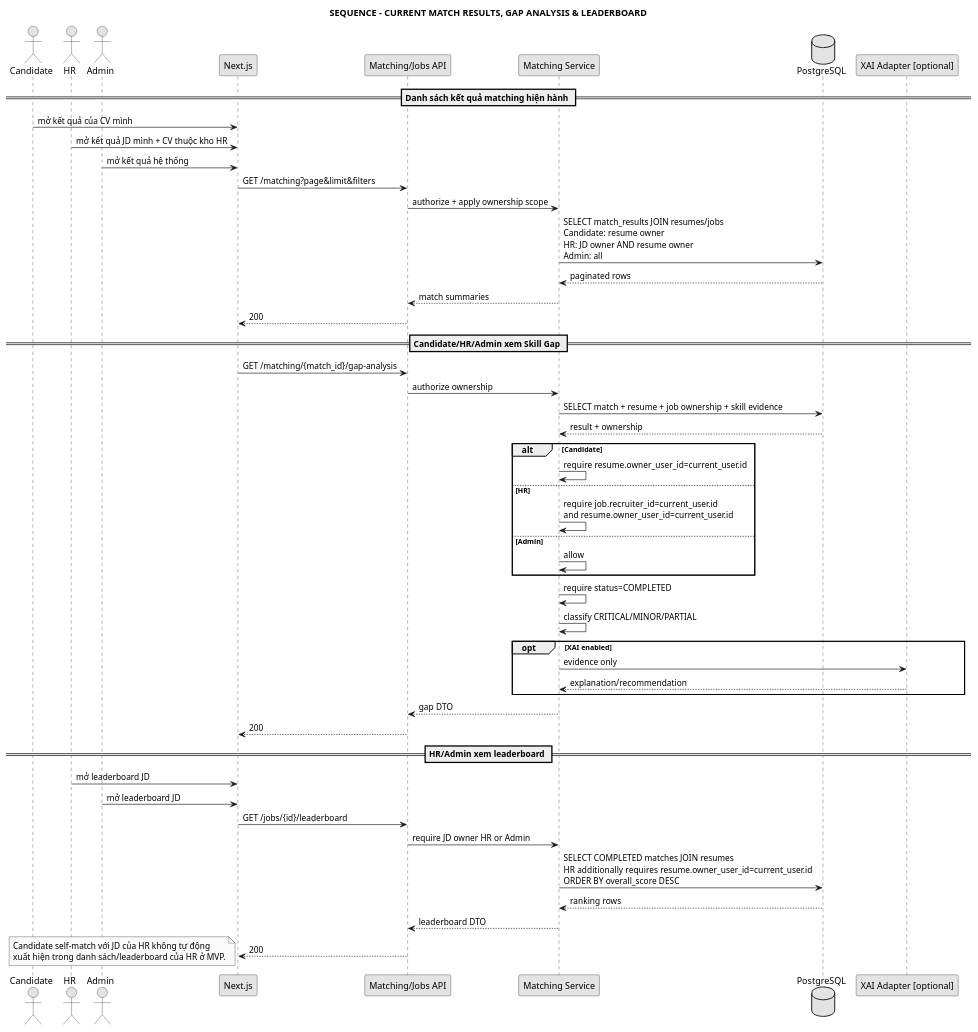
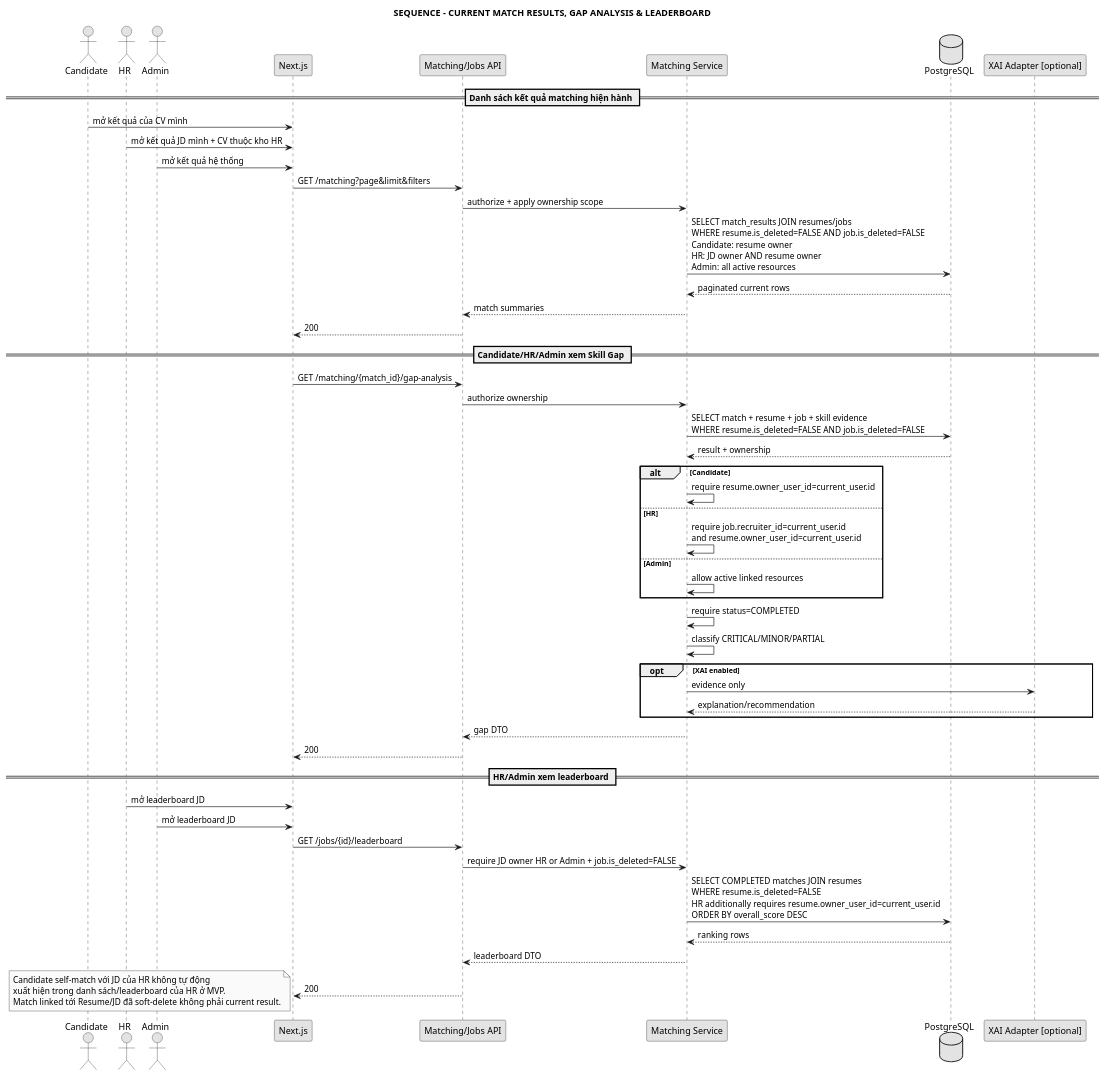
Before and after one commit to anh632k-ui/WebCVUngVienTuyenDung: the diagram in docs/04_sequence/seq_gap_leaderboard.puml, drawn with PlantUML.

Commit message:
docs(sequence): filter current analytics by soft-delete state

```diff
--- a/docs/04_sequence/seq_gap_leaderboard.puml
+++ b/docs/04_sequence/seq_gap_leaderboard.puml
@@ -1,63 +1,64 @@
 @startuml
 skinparam monochrome true
 skinparam shadowing false
 
 title SEQUENCE - CURRENT MATCH RESULTS, GAP ANALYSIS & LEADERBOARD
 
 actor Candidate
 actor HR
 actor Admin
 participant "Next.js" as FE
 participant "Matching/Jobs API" as API
 participant "Matching Service" as Service
 database "PostgreSQL" as DB
 participant "XAI Adapter [optional]" as XAI
 
 == Danh sách kết quả matching hiện hành ==
 Candidate -> FE : mở kết quả của CV mình
 HR -> FE : mở kết quả JD mình + CV thuộc kho HR
 Admin -> FE : mở kết quả hệ thống
 FE -> API : GET /matching?page&limit&filters
 API -> Service : authorize + apply ownership scope
-Service -> DB : SELECT match_results JOIN resumes/jobs\nCandidate: resume owner\nHR: JD owner AND resume owner\nAdmin: all
-DB --> Service : paginated rows
+Service -> DB : SELECT match_results JOIN resumes/jobs\nWHERE resume.is_deleted=FALSE AND job.is_deleted=FALSE\nCandidate: resume owner\nHR: JD owner AND resume owner\nAdmin: all active resources
+DB --> Service : paginated current rows
 Service --> API : match summaries
 API --> FE : 200
 
 == Candidate/HR/Admin xem Skill Gap ==
 FE -> API : GET /matching/{match_id}/gap-analysis
 API -> Service : authorize ownership
-Service -> DB : SELECT match + resume + job ownership + skill evidence
+Service -> DB : SELECT match + resume + job + skill evidence\nWHERE resume.is_deleted=FALSE AND job.is_deleted=FALSE
 DB --> Service : result + ownership
 alt Candidate
   Service -> Service : require resume.owner_user_id=current_user.id
 else HR
   Service -> Service : require job.recruiter_id=current_user.id\nand resume.owner_user_id=current_user.id
 else Admin
-  Service -> Service : allow
+  Service -> Service : allow active linked resources
 end
 Service -> Service : require status=COMPLETED
 Service -> Service : classify CRITICAL/MINOR/PARTIAL
 opt XAI enabled
   Service -> XAI : evidence only
   XAI --> Service : explanation/recommendation
 end
 Service --> API : gap DTO
 API --> FE : 200
 
 == HR/Admin xem leaderboard ==
 HR -> FE : mở leaderboard JD
 Admin -> FE : mở leaderboard JD
 FE -> API : GET /jobs/{id}/leaderboard
-API -> Service : require JD owner HR or Admin
-Service -> DB : SELECT COMPLETED matches JOIN resumes\nHR additionally requires resume.owner_user_id=current_user.id\nORDER BY overall_score DESC
+API -> Service : require JD owner HR or Admin + job.is_deleted=FALSE
+Service -> DB : SELECT COMPLETED matches JOIN resumes\nWHERE resume.is_deleted=FALSE\nHR additionally requires resume.owner_user_id=current_user.id\nORDER BY overall_score DESC
 DB --> Service : ranking rows
 Service --> API : leaderboard DTO
 API --> FE : 200
 
 note bottom
   Candidate self-match với JD của HR không tự động
   xuất hiện trong danh sách/leaderboard của HR ở MVP.
+  Match linked tới Resume/JD đã soft-delete không phải current result.
 end note
 
 @enduml
```
